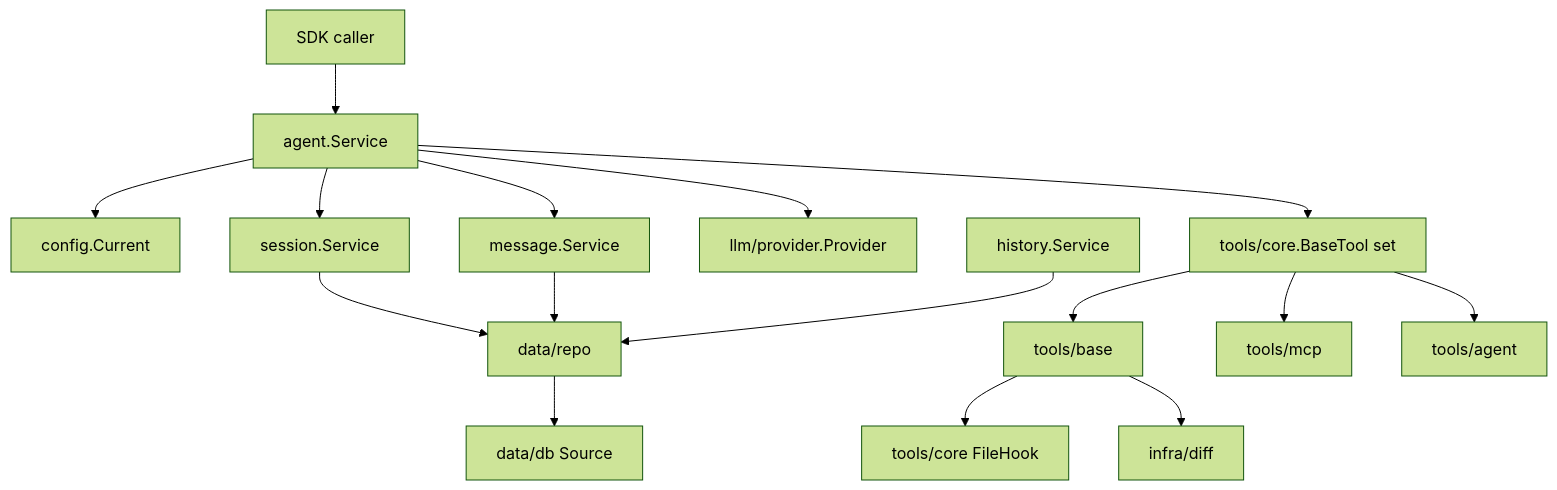
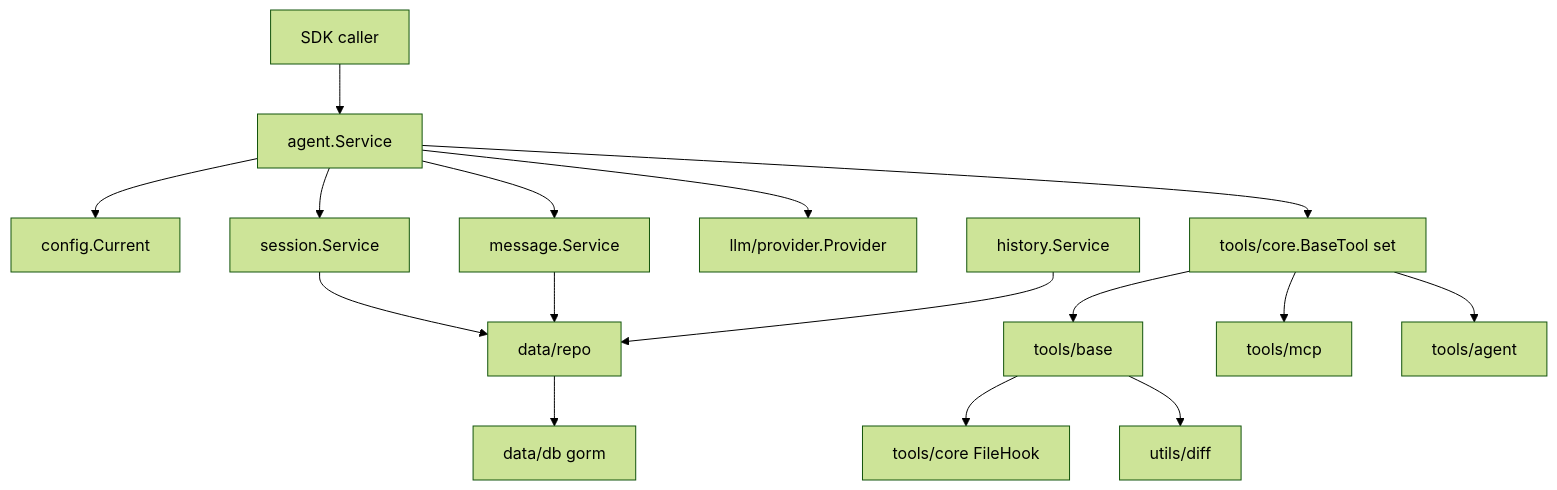
The diagram in docs/architecture.md (fengxiaozi-liu/AgentSdk), drawn with Mermaid (forest theme) before and after one commit. The commit also changed other lines of this file and 59 other files, not shown here.

````diff
--- a/docs/architecture.md
+++ b/docs/architecture.md
@@ -36,18 +36,18 @@
 ```mermaid
 graph TD
     Caller[SDK caller] --> Agent[agent.Service]
     Agent --> Config[config.Current]
     Agent --> Sessions[session.Service]
     Agent --> Messages[message.Service]
     Agent --> Provider[llm/provider.Provider]
     Agent --> Tools[tools/core.BaseTool set]
     Sessions --> Repos[data/repo]
     Messages --> Repos
     History[history.Service] --> Repos
-    Repos --> Data[data/db Source]
+    Repos --> Data[data/db gorm]
     Tools --> Base[tools/base]
     Tools --> MCP[tools/mcp]
     Tools --> Child[tools/agent]
     Base --> Hooks[tools/core FileHook]
-    Base --> Diff[infra/diff]
+    Base --> Diff[utils/diff]
 ```
````
